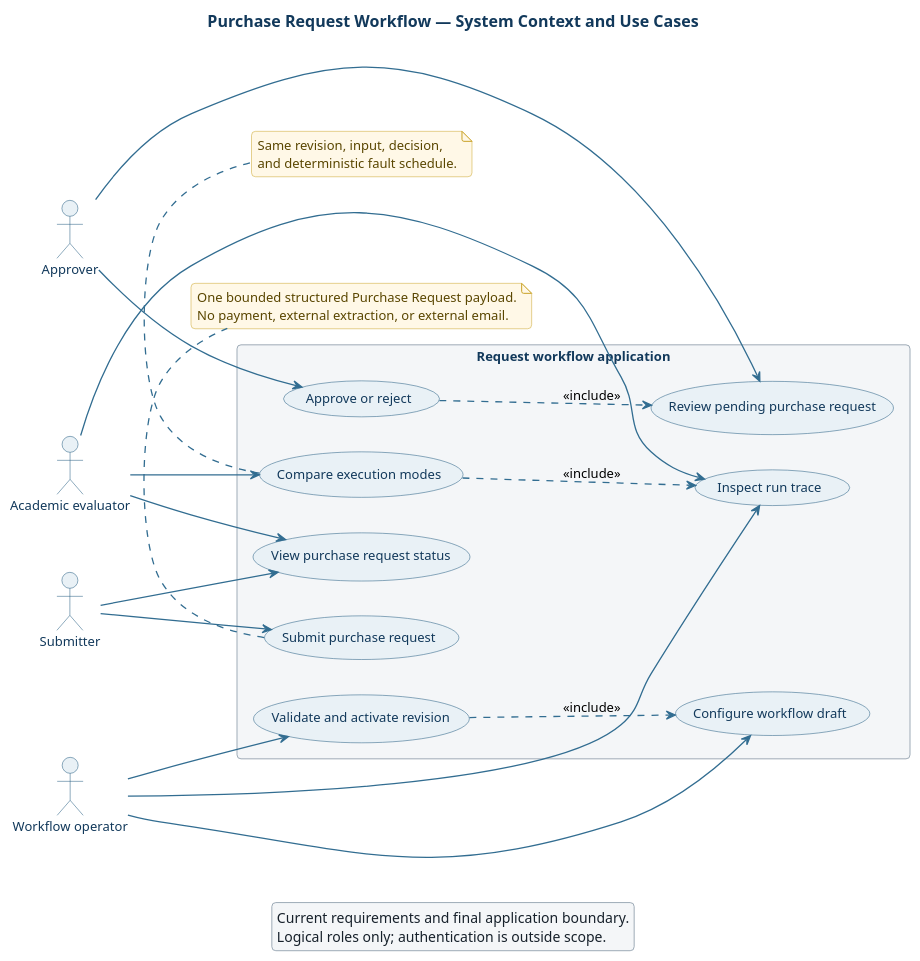
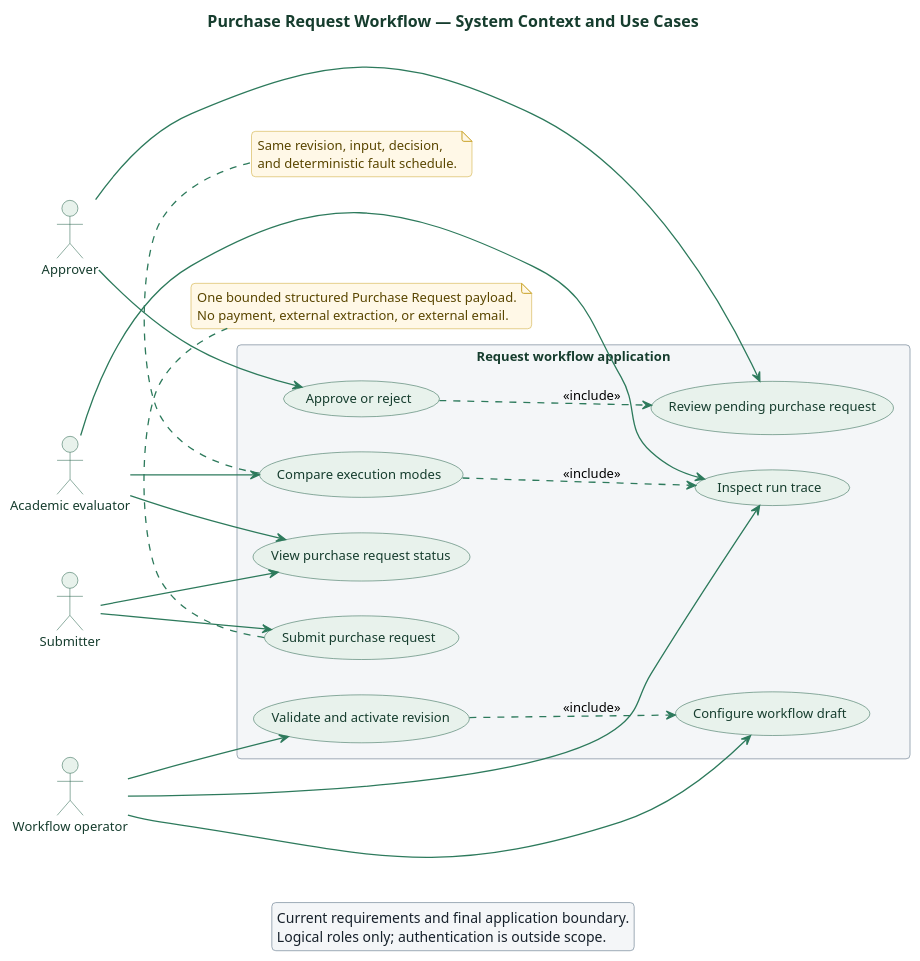
One commit to MAES1102/WMS changed the diagram in docs/architecture/uml/system-context-use-cases.puml. Above: the diagram before and after it, drawn with PlantUML. The commit also changed 33 other files, not shown here.

```diff
--- a/docs/architecture/uml/system-context-use-cases.puml
+++ b/docs/architecture/uml/system-context-use-cases.puml
@@ -1,85 +1,85 @@
 @startuml
 title Purchase Request Workflow — System Context and Use Cases
 left to right direction
 skinparam shadowing false
 skinparam backgroundColor white
 skinparam defaultFontName Helvetica
 skinparam defaultFontSize 13
 skinparam roundcorner 8
-skinparam ArrowColor #326d91
+skinparam ArrowColor #2d7a5c
 skinparam ArrowThickness 1.3
-skinparam titleFontColor #12395b
+skinparam titleFontColor #163d2e
 skinparam titleFontSize 16
 skinparam titleFontStyle bold
 skinparam usecase {
-  BackgroundColor #e9f1f6
-  BorderColor #1d567d
-  FontColor #12395b
+  BackgroundColor #e8f2ec
+  BorderColor #1f5c44
+  FontColor #163d2e
 }
 skinparam actor {
-  BackgroundColor #e9f1f6
-  BorderColor #1d567d
-  FontColor #12395b
+  BackgroundColor #e8f2ec
+  BorderColor #1f5c44
+  FontColor #163d2e
 }
 skinparam rectangle {
   BackgroundColor #f4f6f8
   BorderColor #9eabb7
-  FontColor #12395b
+  FontColor #163d2e
 }
 skinparam note {
   BackgroundColor #fff8e7
   BorderColor #c9a227
   FontColor #5a4600
 }
 skinparam legend {
   BackgroundColor #f4f6f8
   BorderColor #9eabb7
   FontColor #17212b
 }
 
 actor Submitter
 actor Approver
 actor "Workflow operator" as Operator
 actor "Academic evaluator" as Evaluator
 
 rectangle "Request workflow application" {
   usecase "Submit purchase request" as Submit
   usecase "View purchase request status" as Status
   usecase "Review pending purchase request" as Review
   usecase "Approve or reject" as Decide
   usecase "Configure workflow draft" as Configure
   usecase "Validate and activate revision" as Activate
   usecase "Inspect run trace" as Trace
   usecase "Compare execution modes" as Compare
 }
 
 Submitter --> Submit
 Submitter --> Status
 Approver --> Review
 Approver --> Decide
 Operator --> Configure
 Operator --> Activate
 Operator --> Trace
 Evaluator --> Status
 Evaluator --> Trace
 Evaluator --> Compare
 
 Decide ..> Review : <<include>>
 Activate ..> Configure : <<include>>
 Compare ..> Trace : <<include>>
 
 note bottom of Submit
 One bounded structured Purchase Request payload.
 No payment, external extraction, or external email.
 end note
 
 note bottom of Compare
 Same revision, input, decision,
 and deterministic fault schedule.
 end note
 
 legend
 Current requirements and final application boundary.
 Logical roles only; authentication is outside scope.
 endlegend
 @enduml
```
